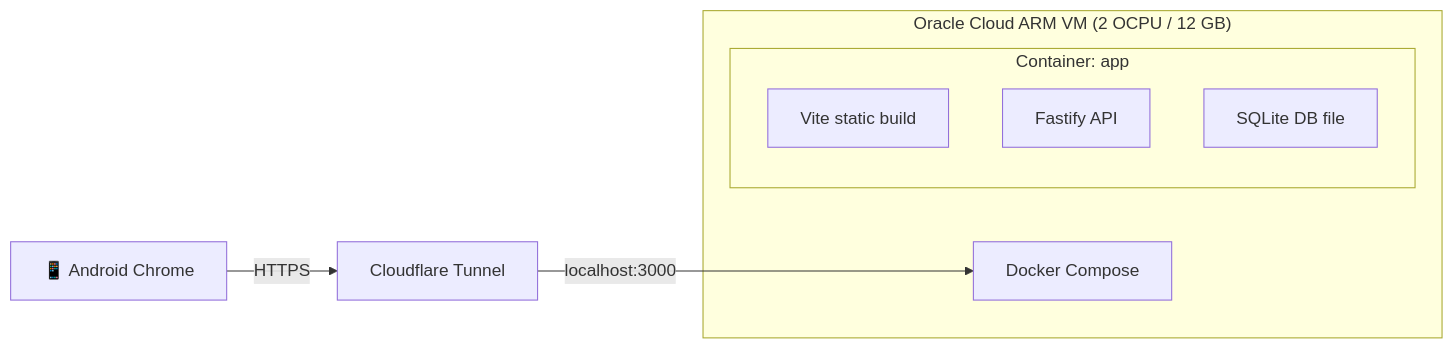
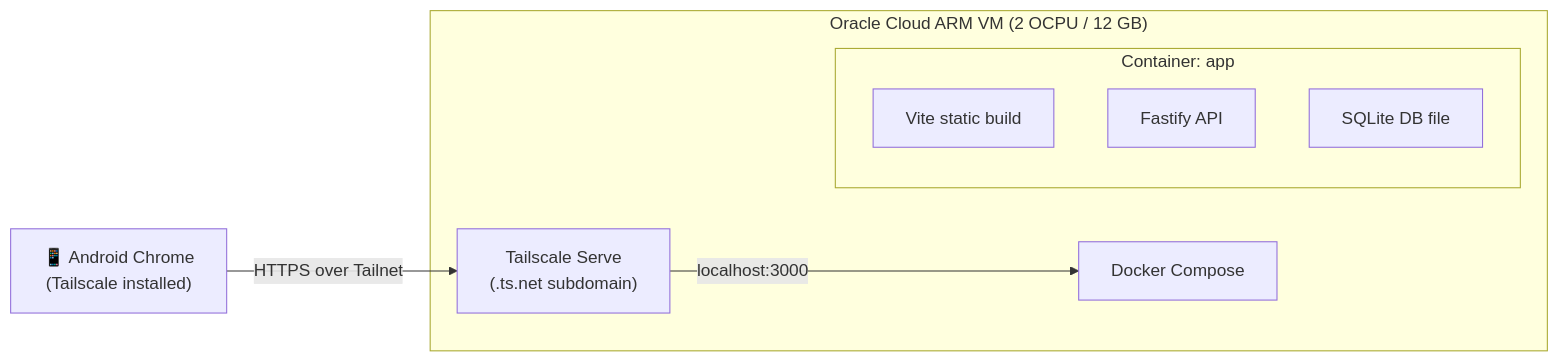
Before and after one commit to zayndotdev/build-mindset: the fifth of 6 diagrams in docs/ARCHITECTURE.md, drawn with Mermaid. The commit also changed other lines of this file and 10 other files, not shown here.

````diff
--- a/docs/ARCHITECTURE.md
+++ b/docs/ARCHITECTURE.md
@@ -193,13 +208,14 @@
 ```mermaid
 graph LR
-    PHONE["📱 Android Chrome"] -- "HTTPS" --> CF["Cloudflare Tunnel"]
-    CF -- "localhost:3000" --> DOCKER["Docker Compose"]
+    PHONE["📱 Android Chrome\n(Tailscale installed)"] -- "HTTPS over Tailnet" --> TS["Tailscale Serve\n(.ts.net subdomain)"]
+    TS -- "localhost:3000" --> DOCKER["Docker Compose"]
     subgraph "Oracle Cloud ARM VM (2 OCPU / 12 GB)"
         DOCKER
+        TS
         subgraph "Container: app"
             VITE["Vite static build"]
             FASTIFY["Fastify API"]
             SQLITE["SQLite DB file"]
         end
     end
 ```
````
